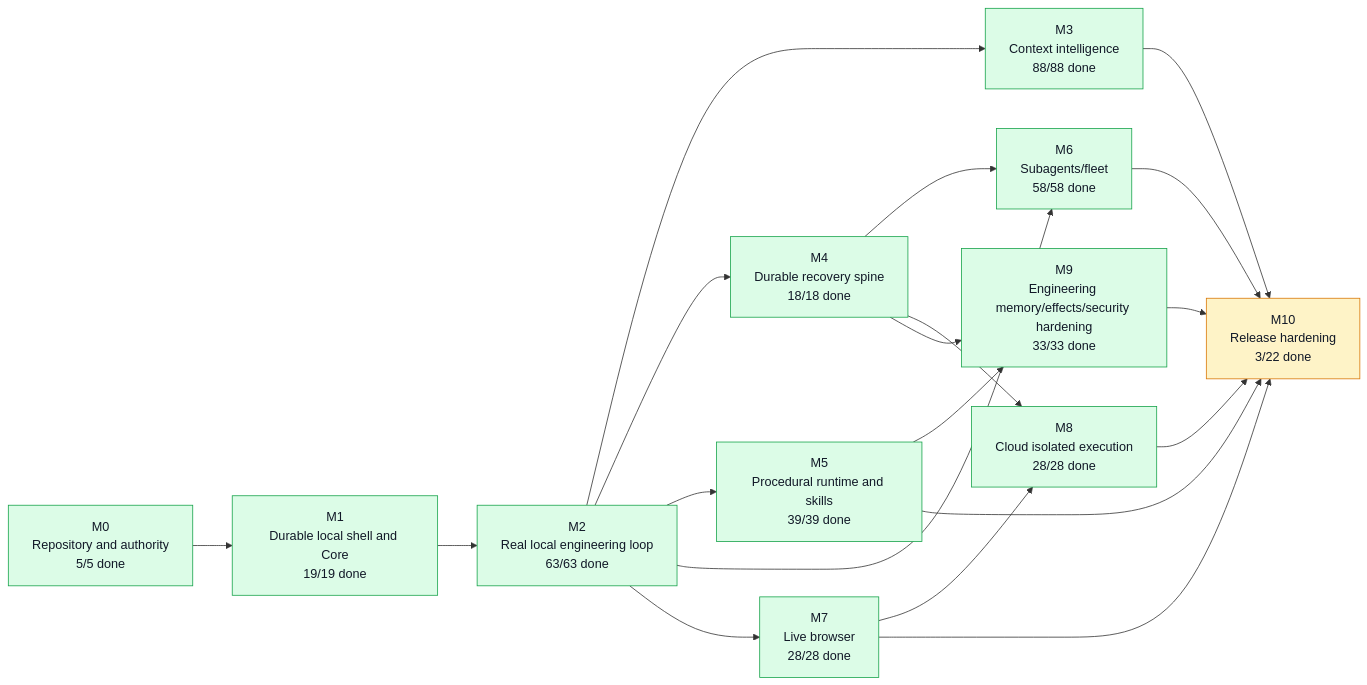
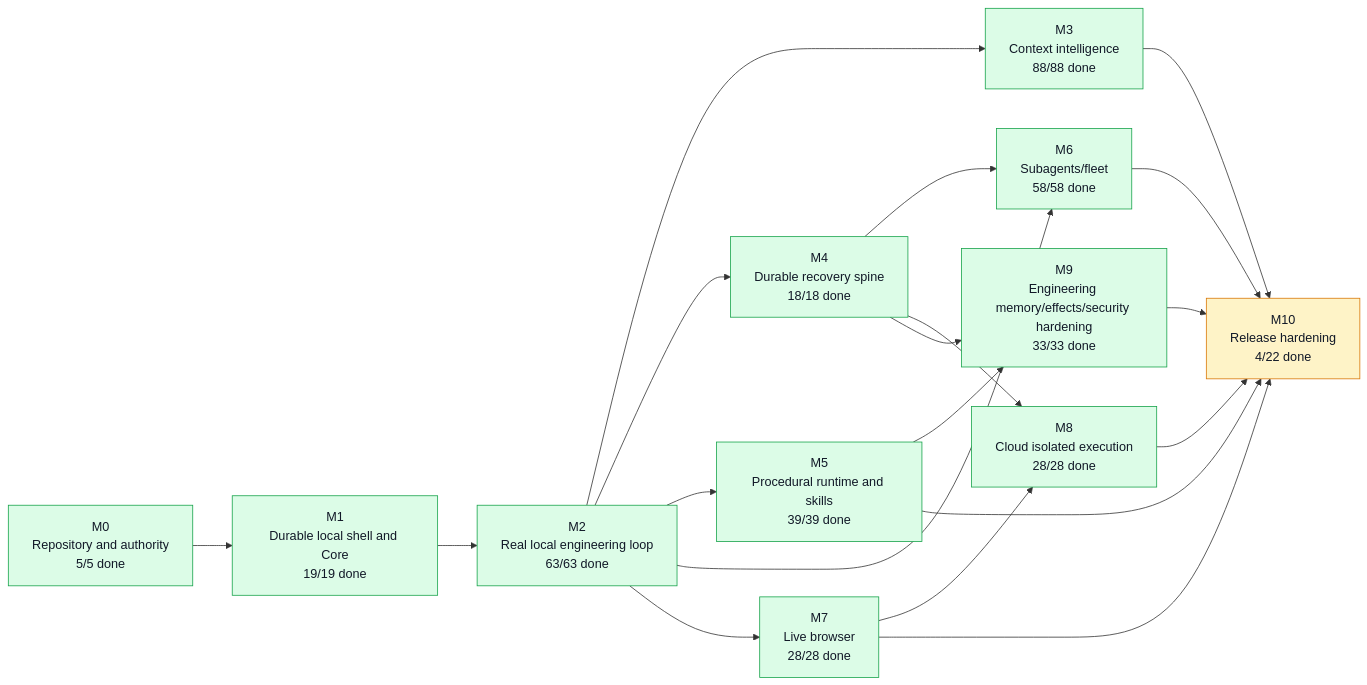
Before and after one commit to moss101/modbit: the first of 5 diagrams in graph/PROJECT_GRAPH.md, drawn with Mermaid. The commit also changed other lines of this file and 6 other files, not shown here.

````diff
--- a/graph/PROJECT_GRAPH.md
+++ b/graph/PROJECT_GRAPH.md
@@ -57,43 +57,43 @@
 ```mermaid
 flowchart LR
   M0["M0<br/>Repository and authority<br/>5/5 done"]
   M1["M1<br/>Durable local shell and Core<br/>19/19 done"]
   M2["M2<br/>Real local engineering loop<br/>63/63 done"]
   M3["M3<br/>Context intelligence<br/>88/88 done"]
   M4["M4<br/>Durable recovery spine<br/>18/18 done"]
   M5["M5<br/>Procedural runtime and skills<br/>39/39 done"]
   M6["M6<br/>Subagents/fleet<br/>58/58 done"]
   M7["M7<br/>Live browser<br/>28/28 done"]
   M8["M8<br/>Cloud isolated execution<br/>28/28 done"]
   M9["M9<br/>Engineering memory/effects/security hardening<br/>33/33 done"]
-  M10["M10<br/>Release hardening<br/>3/22 done"]
+  M10["M10<br/>Release hardening<br/>4/22 done"]
   M0 --> M1
   M1 --> M2
   M2 --> M3
   M2 --> M4
   M2 --> M5
   M2 --> M6
   M4 --> M6
   M2 --> M7
   M4 --> M8
   M7 --> M8
   M4 --> M9
   M5 --> M9
   M3 --> M10
   M5 --> M10
   M6 --> M10
   M7 --> M10
   M8 --> M10
   M9 --> M10
   style M0 fill:#dcfce7,stroke:#16a34a,color:#111827
   style M1 fill:#dcfce7,stroke:#16a34a,color:#111827
   style M2 fill:#dcfce7,stroke:#16a34a,color:#111827
   style M3 fill:#dcfce7,stroke:#16a34a,color:#111827
   style M4 fill:#dcfce7,stroke:#16a34a,color:#111827
   style M5 fill:#dcfce7,stroke:#16a34a,color:#111827
   style M6 fill:#dcfce7,stroke:#16a34a,color:#111827
   style M7 fill:#dcfce7,stroke:#16a34a,color:#111827
   style M8 fill:#dcfce7,stroke:#16a34a,color:#111827
   style M9 fill:#dcfce7,stroke:#16a34a,color:#111827
   style M10 fill:#fef3c7,stroke:#d97706,color:#111827
 ```
````
